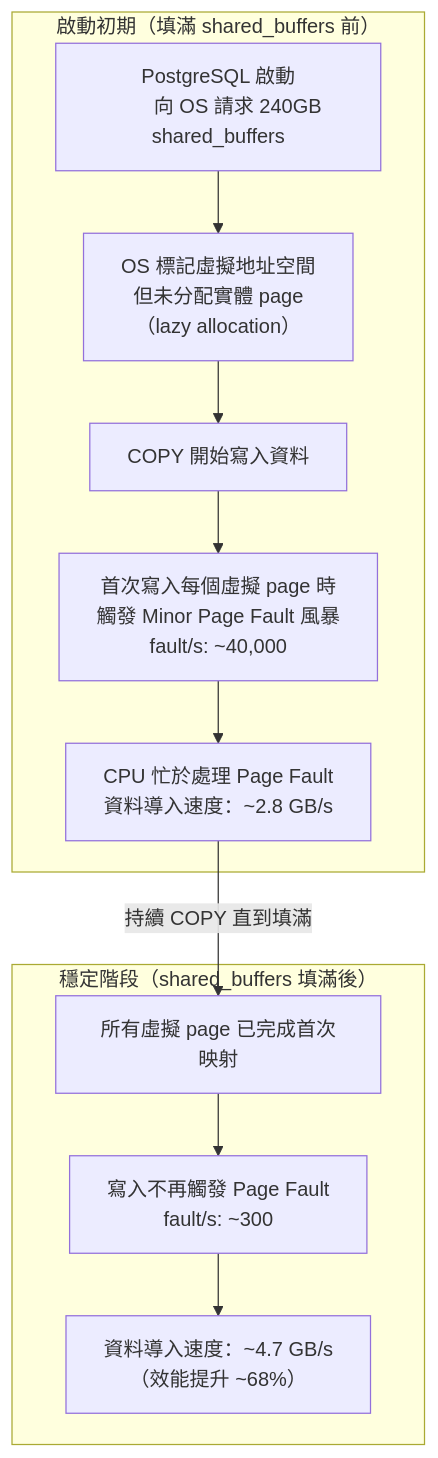
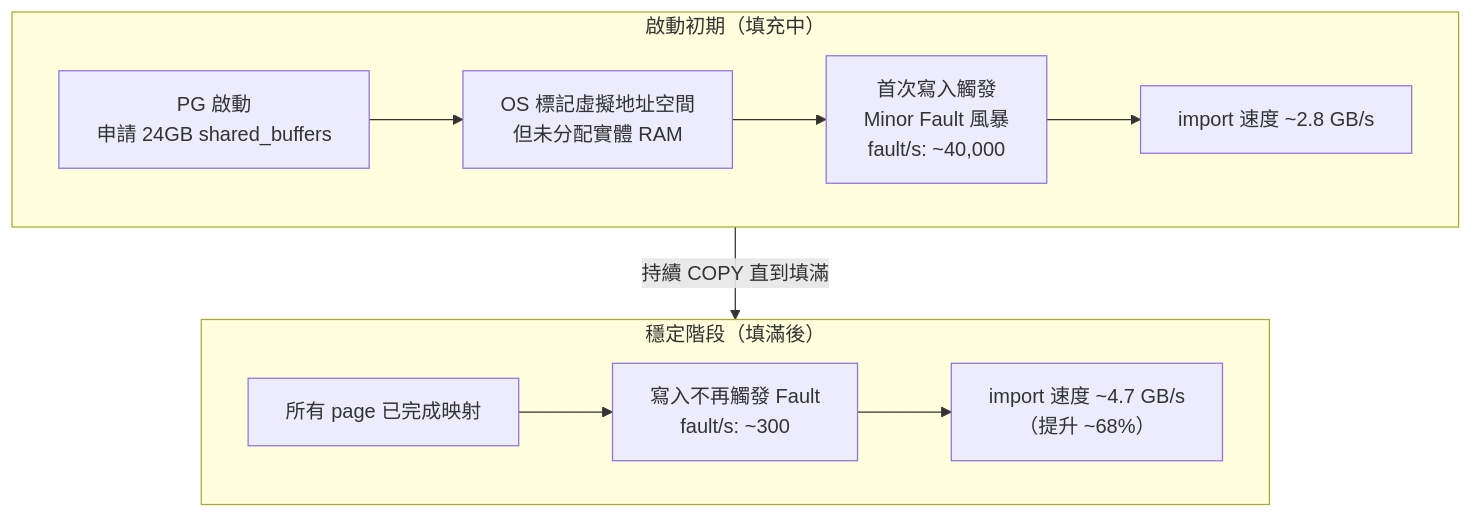
Before and after one commit to henry-tpwong/postgresql_note: diagram 12 of 14 in system/PostgreSQL_System.md, drawn with Mermaid. The commit also changed other lines of this file and 2 other files, not shown here.

First line of the commit message:
docs: 大幅重構 PostgreSQL 系統筆記，升級為 PG16 + App Dev 視角

````diff
--- a/system/PostgreSQL_System.md
+++ b/system/PostgreSQL_System.md
@@ -1048,23 +1012,12 @@
 ```mermaid
 flowchart TB
-    subgraph "啟動初期（填滿 shared_buffers 前）"
-        S1["PostgreSQL 啟動
-        向 OS 請求 240GB shared_buffers"] --> S2["OS 標記虛擬地址空間
-        但未分配實體 page
-        （lazy allocation）"]
-        S2 --> S3["COPY 開始寫入資料"]
-        S3 --> S4["首次寫入每個虛擬 page 時
-        觸發 Minor Page Fault 風暴
-        fault/s: ~40,000"]
-        S4 --> S5["CPU 忙於處理 Page Fault
-        資料導入速度：~2.8 GB/s"]
+    subgraph startup["啟動初期（填充中）"]
+        direction LR
+        S1["PG 啟動<br/>申請 24GB shared_buffers"] --> S2["OS 標記虛擬地址空間<br/>但未分配實體 RAM"] --> S3["首次寫入觸發<br/>Minor Fault 風暴<br/>fault/s: ~40,000"] --> S4["import 速度 ~2.8 GB/s"]
     end
-    subgraph "穩定階段（shared_buffers 填滿後）"
-        E1["所有虛擬 page 已完成首次映射"]
-        E1 --> E2["寫入不再觸發 Page Fault
-        fault/s: ~300"]
-        E2 --> E3["資料導入速度：~4.7 GB/s
-        （效能提升 ~68%）"]
+    subgraph stable["穩定階段（填滿後）"]
+        direction LR
+        E1["所有 page 已完成映射"] --> E2["寫入不再觸發 Fault<br/>fault/s: ~300"] --> E3["import 速度 ~4.7 GB/s<br/>（提升 ~68%）"]
     end
-    S5 -->|"持續 COPY 直到填滿"| E1
+    S4 -->|"持續 COPY 直到填滿"| E1
 ```
````
